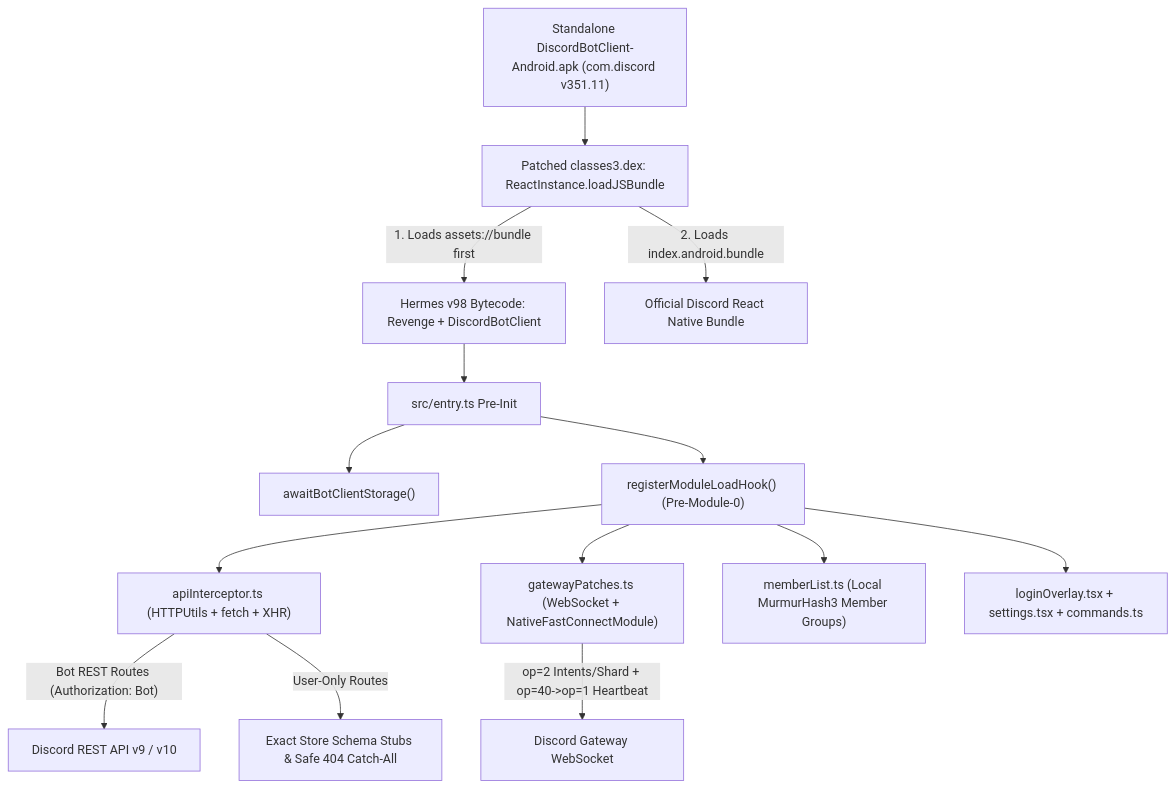
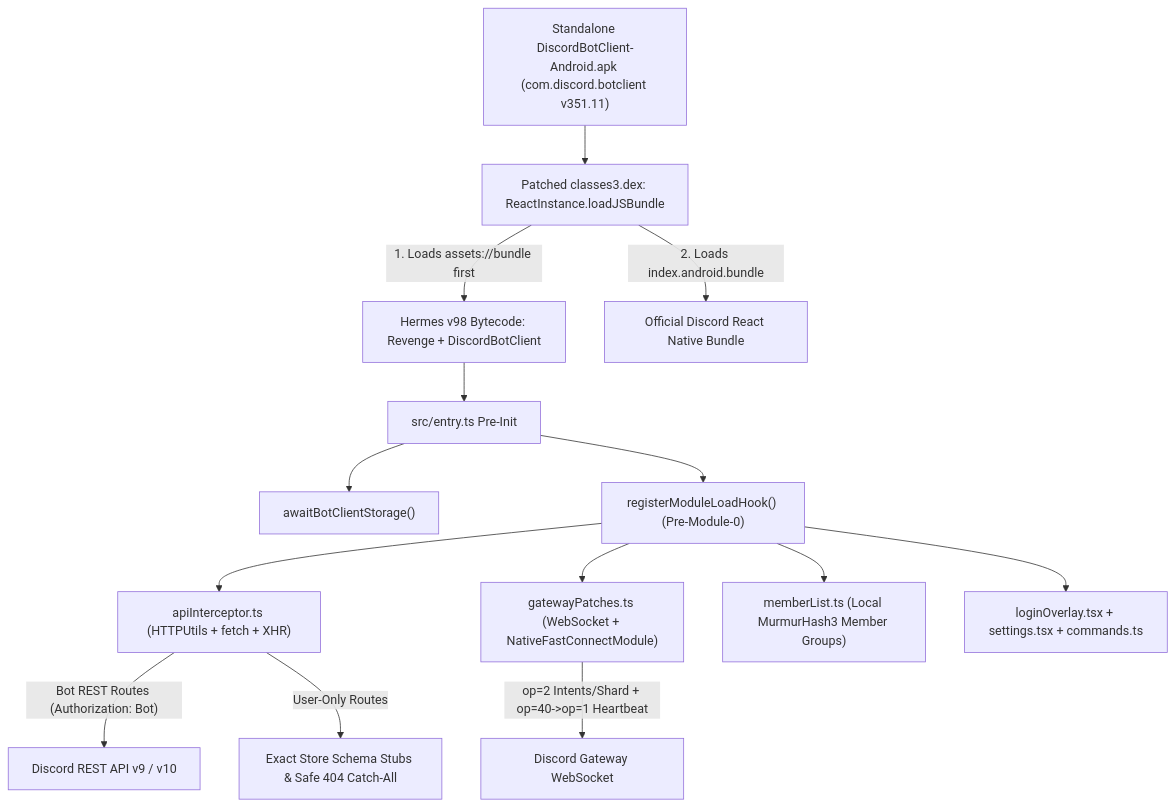
Before and after one commit to AotianNeo/DiscordBotClient-Android: the diagram in README.md, drawn with Mermaid. The commit also changed other lines of this file and 1 other file, not shown here.

Commit message:
fix(android): rebrand package to com.discord.botclient for side-by-side coexistence with official Discord

````diff
--- a/README.md
+++ b/README.md
@@ -58,19 +58,19 @@
 ```mermaid
 flowchart TD
-    APK["Standalone DiscordBotClient-Android.apk (com.discord v351.11)"] --> DEX["Patched classes3.dex: ReactInstance.loadJSBundle"]
+    APK["Standalone DiscordBotClient-Android.apk (com.discord.botclient v351.11)"] --> DEX["Patched classes3.dex: ReactInstance.loadJSBundle"]
     DEX -->|"1. Loads assets://bundle first"| REV["Hermes v98 Bytecode: Revenge + DiscordBotClient"]
     DEX -->|"2. Loads index.android.bundle"| RN["Official Discord React Native Bundle"]
 
     REV --> ENTRY["src/entry.ts Pre-Init"]
     ENTRY --> STORAGE["awaitBotClientStorage()"]
     ENTRY --> HOOKS["registerModuleLoadHook() (Pre-Module-0)"]
 
     HOOKS --> HTTP["apiInterceptor.ts (HTTPUtils + fetch + XHR)"]
     HOOKS --> GW["gatewayPatches.ts (WebSocket + NativeFastConnectModule)"]
     HOOKS --> MEM["memberList.ts (Local MurmurHash3 Member Groups)"]
     HOOKS --> UI["loginOverlay.tsx + settings.tsx + commands.ts"]
 
     HTTP -->|"Bot REST Routes (Authorization: Bot)"| DISCORD_REST["Discord REST API v9 / v10"]
     HTTP -->|"User-Only Routes"| STUBS["Exact Store Schema Stubs & Safe 404 Catch-All"]
     GW -->|"op=2 Intents/Shard + op=40->op=1 Heartbeat"| DISCORD_GW["Discord Gateway WebSocket"]
 ```
````
